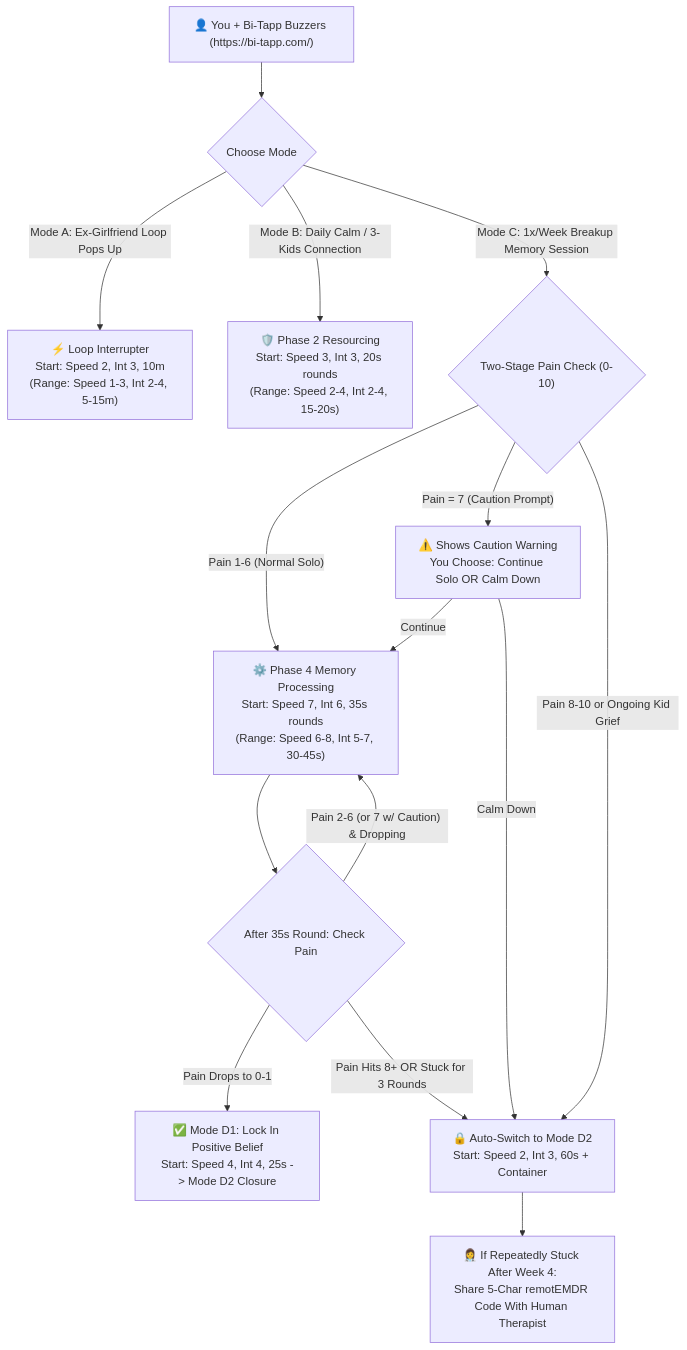
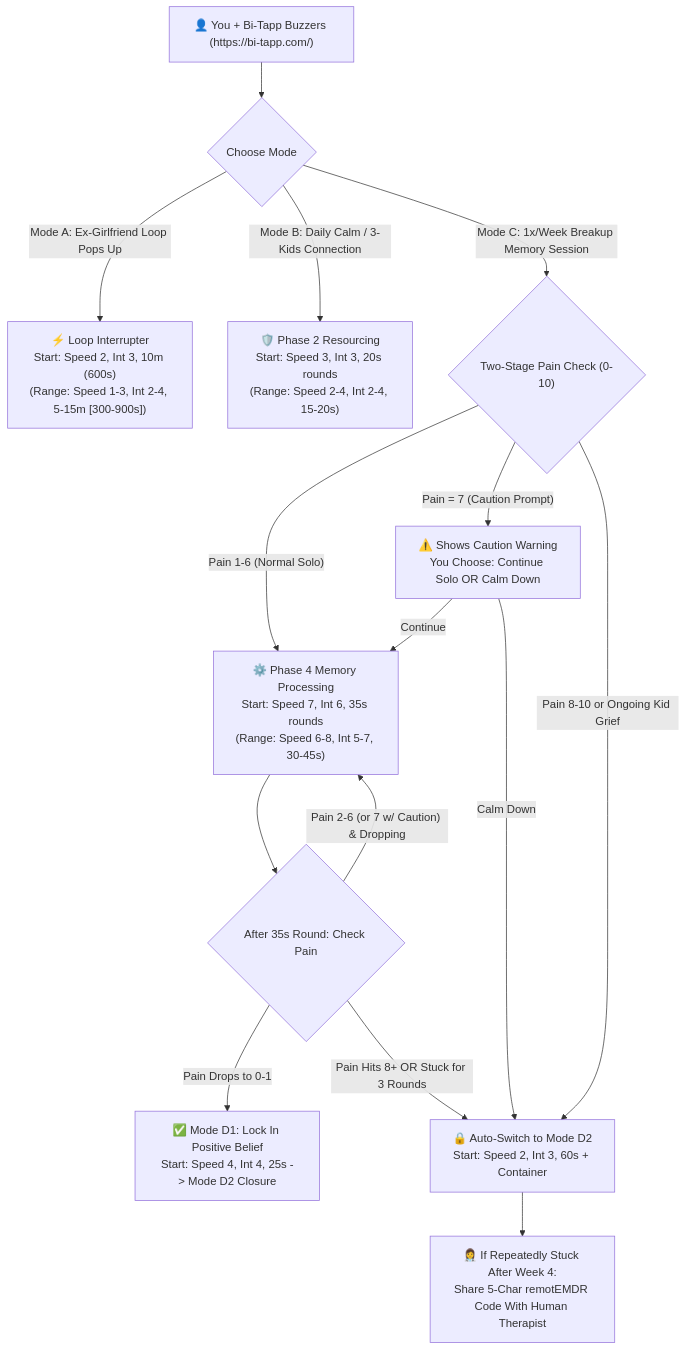
One commit to itayshemesh/bitapp-emdr-platform changed the first of 2 diagrams in docs/MASTER_PLAN.md. Above: the diagram before and after it, drawn with Mermaid. The commit also changed other lines of this file and 8 other files, not shown here.

````diff
--- a/docs/MASTER_PLAN.md
+++ b/docs/MASTER_PLAN.md
@@ -125,17 +125,17 @@
 ```mermaid
 graph TD
     User["👤 You + Bi-Tapp Buzzers (https://bi-tapp.com/)"] --> ModeSelect{"Choose Mode"}
-    ModeSelect -->|"Mode A: Ex-Girlfriend Loop Pops Up"| LoopBreak["⚡ Loop Interrupter\nStart: Speed 2, Int 3, 10m\n(Range: Speed 1-3, Int 2-4, 5-15m)"]
+    ModeSelect -->|"Mode A: Ex-Girlfriend Loop Pops Up"| LoopBreak["⚡ Loop Interrupter\nStart: Speed 2, Int 3, 10m (600s)\n(Range: Speed 1-3, Int 2-4, 5-15m [300-900s])"]
     ModeSelect -->|"Mode B: Daily Calm / 3-Kids Connection"| RDI["🛡️ Phase 2 Resourcing\nStart: Speed 3, Int 3, 20s rounds\n(Range: Speed 2-4, Int 2-4, 15-20s)"]
     ModeSelect -->|"Mode C: 1x/Week Breakup Memory Session"| SafetyGate{"Two-Stage Pain Check (0-10)"}
     SafetyGate -->|"Pain 1-6 (Normal Solo)"| Engine["⚙️ Phase 4 Memory Processing\nStart: Speed 7, Int 6, 35s rounds\n(Range: Speed 6-8, Int 5-7, 30-45s)"]
     SafetyGate -->|"Pain = 7 (Caution Prompt)"| Caution["⚠️ Shows Caution Warning\nYou Choose: Continue Solo OR Calm Down"]
     Caution -->|"Continue"| Engine
     Caution -->|"Calm Down"| Container["🔒 Auto-Switch to Mode D2\nStart: Speed 2, Int 3, 60s + Container"]
     SafetyGate -->|"Pain 8-10 or Ongoing Kid Grief"| Container
     Engine --> PostRound{"After 35s Round: Check Pain"}
     PostRound -->|"Pain Drops to 0-1"| Install["✅ Mode D1: Lock In Positive Belief\nStart: Speed 4, Int 4, 25s -> Mode D2 Closure"]
     PostRound -->|"Pain 2-6 (or 7 w/ Caution) & Dropping"| Engine
     PostRound -->|"Pain Hits 8+ OR Stuck for 3 Rounds"| Container
     Container --> Escalate["👩‍⚕️ If Repeatedly Stuck After Week 4:\nShare 5-Char remotEMDR Code With Human Therapist"]
 ```
````
